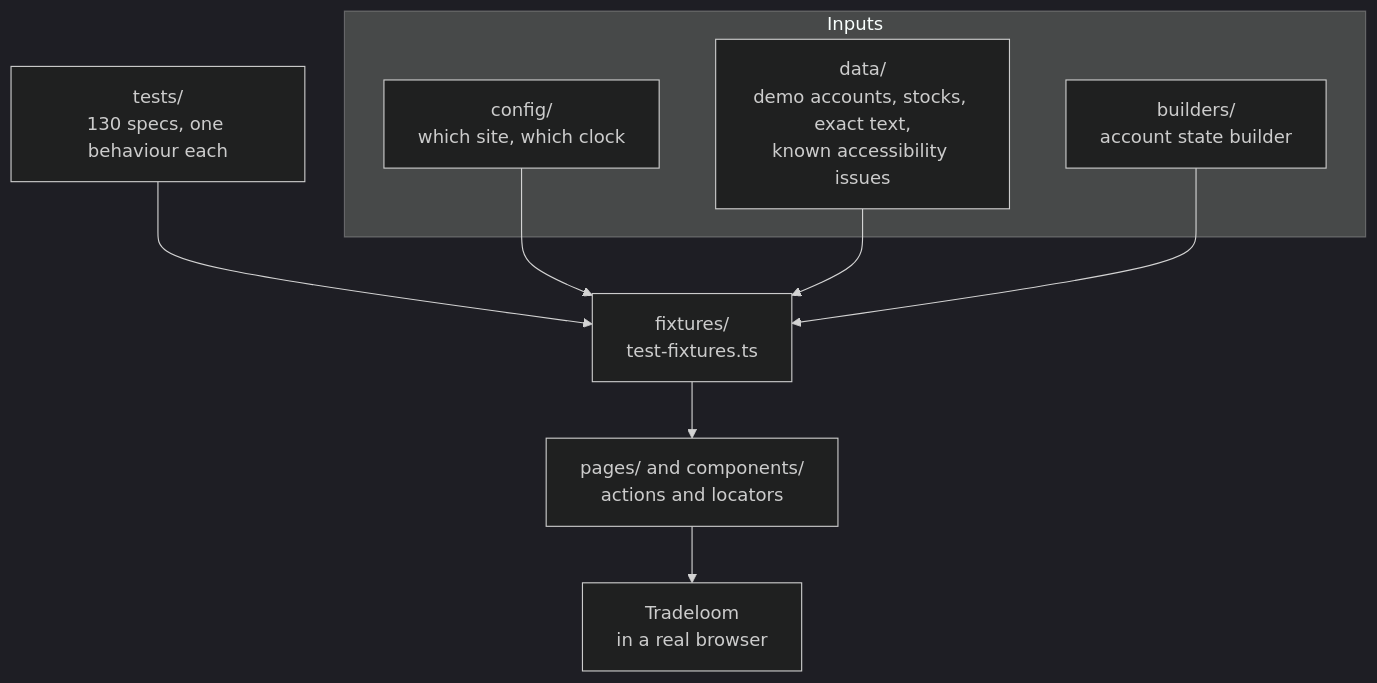
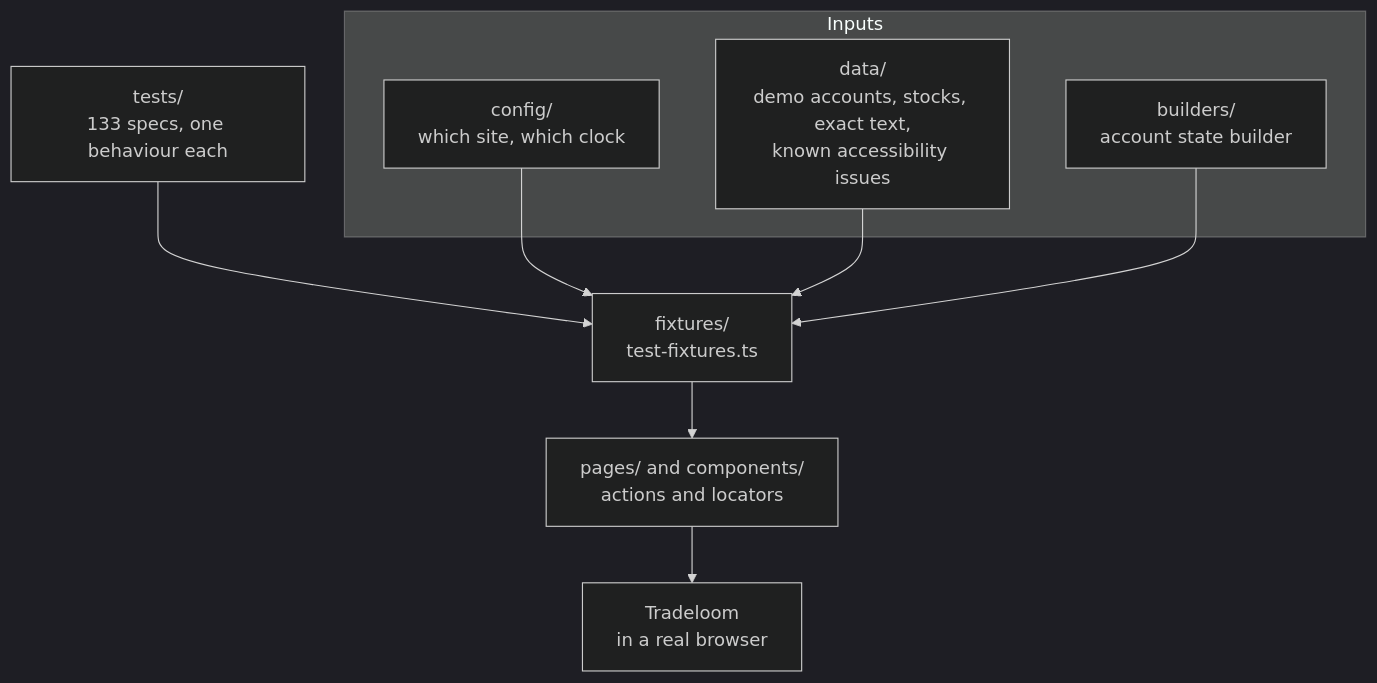
The first of 2 diagrams in README.md (Yusuf-Hridoy/Playwright-Project), drawn with Mermaid (dark theme) before and after one commit. The commit also changed other lines of this file and 42 other files, not shown here.

````diff
--- a/README.md
+++ b/README.md
@@ -43,21 +44,21 @@
 ```mermaid
 flowchart TD
     subgraph Inputs
         C["config/<br/>which site, which clock"]
         D["data/<br/>demo accounts, stocks, exact text,<br/>known accessibility issues"]
         B["builders/<br/>account state builder"]
     end
 
-    T["tests/<br/>130 specs, one behaviour each"]
+    T["tests/<br/>133 specs, one behaviour each"]
     F["fixtures/<br/>test-fixtures.ts"]
     P["pages/ and components/<br/>actions and locators"]
     A["Tradeloom<br/>in a real browser"]
 
     T --> F
     F --> P
     P --> A
 
     C --> F
     D --> F
     B --> F
 ```
````
